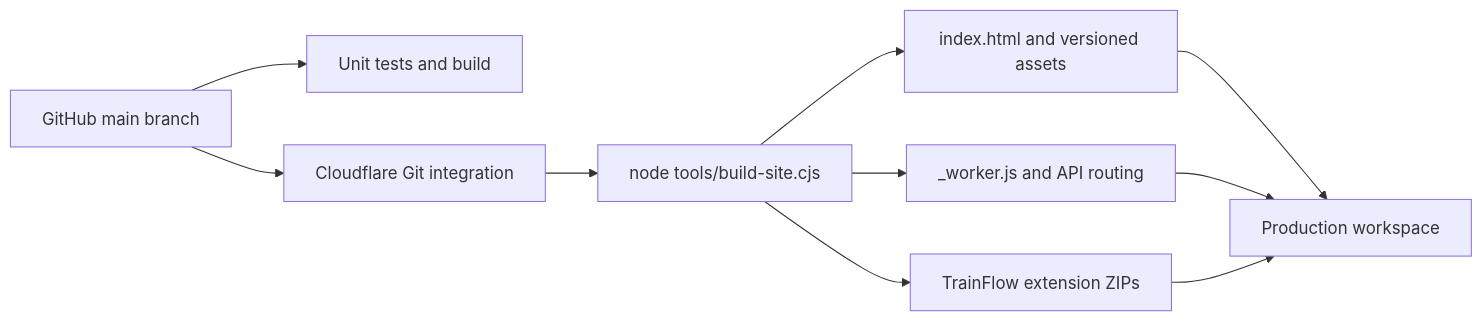
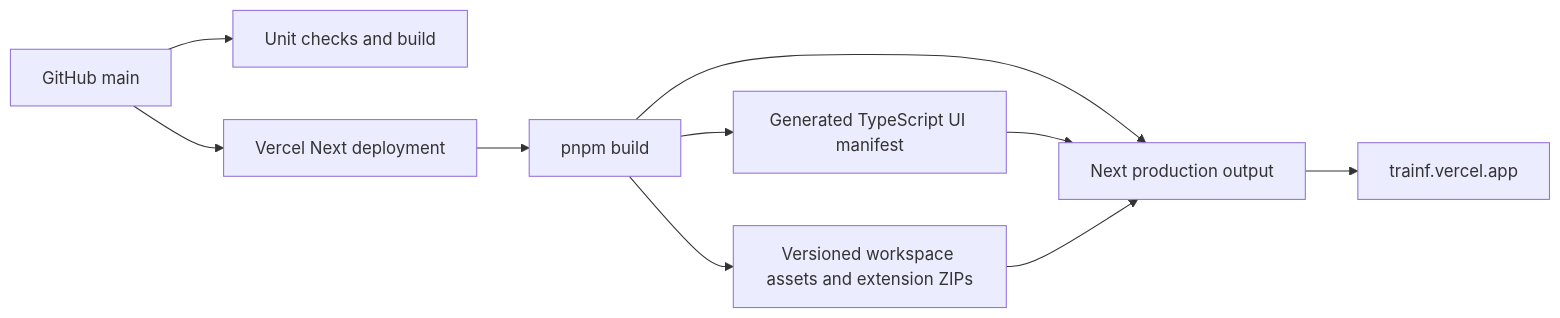
The third of 3 diagrams in ARCHITECTURE.md (salahmostava-sys/Trainflow), drawn with Mermaid before and after one commit. The commit also changed other lines of this file and 40 other files, not shown here.

````diff
--- a/ARCHITECTURE.md
+++ b/ARCHITECTURE.md
@@ -143,12 +155,12 @@
-```mermaid
+~~~mermaid
 flowchart LR
-    Source[GitHub main branch] --> CI[Unit tests and build]
-    Source --> Pages[Cloudflare Git integration]
-    Pages --> Build[node tools/build-site.cjs]
-    Build --> Static[index.html and versioned assets]
-    Build --> Worker[_worker.js and API routing]
-    Build --> Packages[TrainFlow extension ZIPs]
-    Static --> Production[Production workspace]
-    Worker --> Production
-    Packages --> Production
-```
+    Source[GitHub main] --> CI[Unit checks and build]
+    Source --> Vercel[Vercel Next deployment]
+    Vercel --> Build[pnpm build]
+    Build --> Assets[Versioned workspace assets and extension ZIPs]
+    Build --> Manifest[Generated TypeScript UI manifest]
+    Build --> Next[Next production output]
+    Manifest --> Next
+    Assets --> Next
+    Next --> Live[trainf.vercel.app]
+~~~
````
